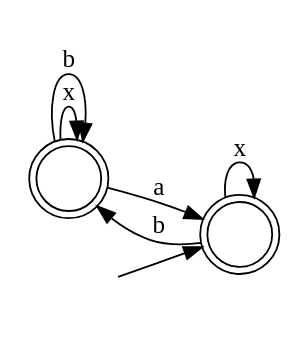
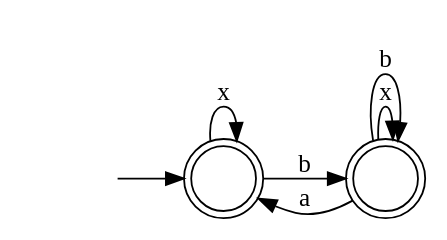
The diagram in re-ltlf-fsa/automata/AlternatePrecedence_b__a_.dot (cdc08x/MINERful), drawn with Graphviz before and after one commit. The commit also changed 29 other files, not shown here.

```diff
--- a/re-ltlf-fsa/automata/AlternatePrecedence_b__a_.dot
+++ b/re-ltlf-fsa/automata/AlternatePrecedence_b__a_.dot
@@ -1,12 +1,12 @@
 digraph Automaton {
   rankdir = LR;
   0 [shape=doublecircle,label=""];
-  0 -> 1 [label="a"]
+  initial [shape=plaintext,label=""];
+  initial -> 0
   0 -> 0 [label="x"]
-  0 -> 0 [label="b"]
+  0 -> 1 [label="b"]
   1 [shape=doublecircle,label=""];
-  initial [shape=plaintext,label=""];
-  initial -> 1
+  1 -> 0 [label="a"]
   1 -> 1 [label="x"]
-  1 -> 0 [label="b"]
+  1 -> 1 [label="b"]
 }
```
